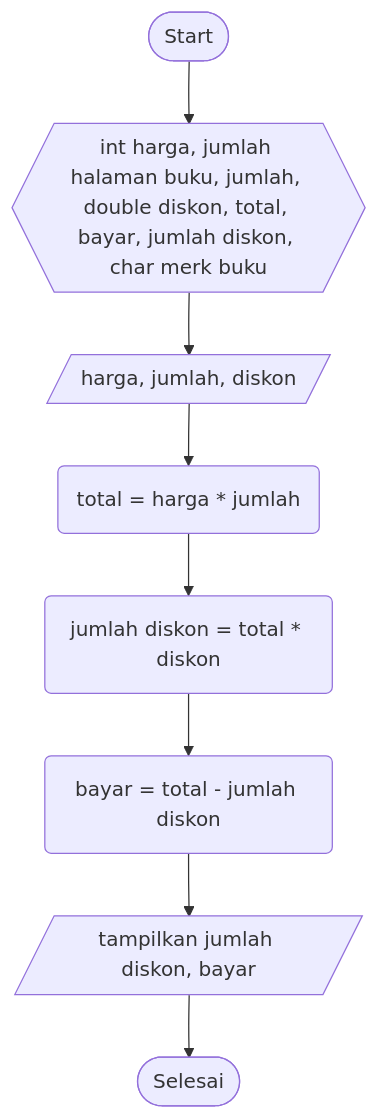
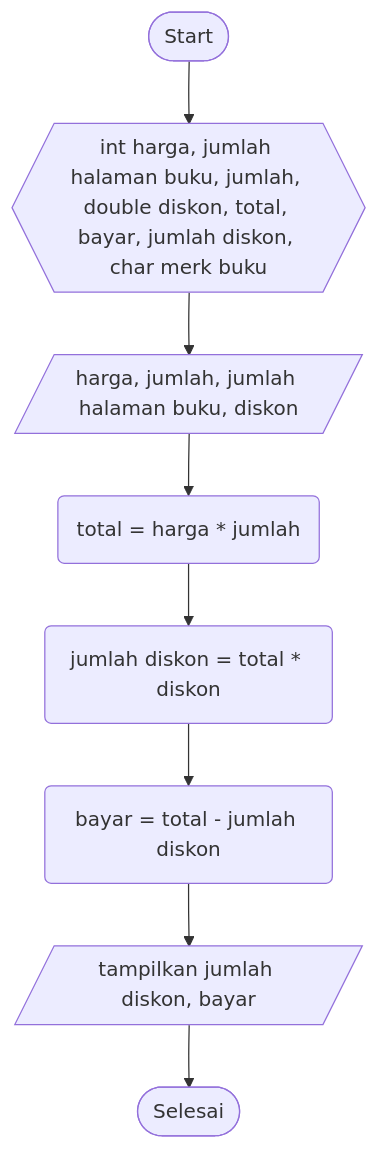
Before and after one commit to SATRIODIANNUGROHO/Sample2.1: the diagram in justforfun3.md, drawn with Mermaid.

````diff
--- a/justforfun3.md
+++ b/justforfun3.md
@@ -3,10 +3,10 @@
 ```mermaid
 graph TD;
     A([Start])-->B{{int harga, jumlah halaman buku, jumlah, double diskon, total, bayar, jumlah diskon, char merk buku}};
-    B{{int harga, jumlah halaman buku, jumlah, double diskon, total, bayar, jumlah diskon, char merk buku}}-->C[/harga, jumlah, diskon/];
-    C[/harga, jumlah, diskon/]-->D(total = harga * jumlah);
+    B{{int harga, jumlah halaman buku, jumlah, double diskon, total, bayar, jumlah diskon, char merk buku}}-->C[/harga, jumlah, jumlah halaman buku, diskon/];
+    C[/harga, jumlah, jumlah halaman buku, diskon/]-->D(total = harga * jumlah);
     D(total = harga * jumlah)-->E(jumlah diskon = total * diskon);
     E(jumlah diskon = total * diskon)-->F(bayar = total - jumlah diskon);
     F(bayar = total - jumlah diskon)-->G[/tampilkan jumlah diskon, bayar/];
     G[/tampilkan jumlah diskon, bayar/]-->H([Selesai]);
 ```
````
